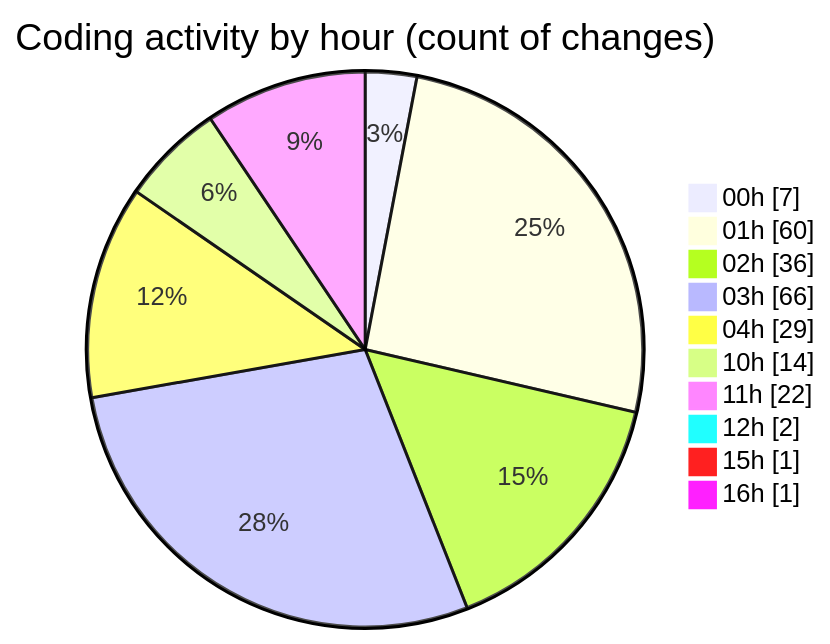
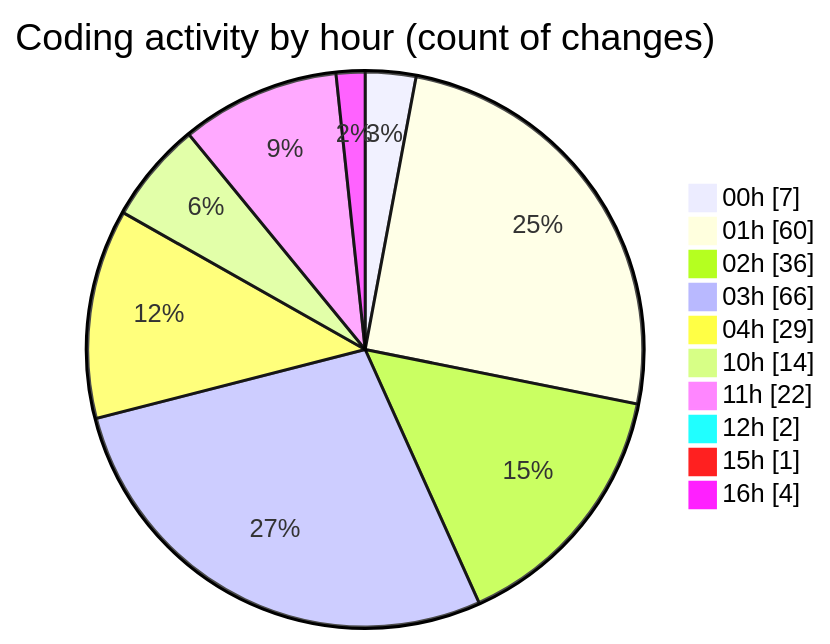
One commit to julien-gomy/code-tracking changed the second of 2 diagrams in 2025-10-07/eventscop-frontend-guide__workspace_/README.md. Above: the diagram before and after it, drawn with Mermaid. The commit also changed other lines of this file and 1 other file, not shown here.

````diff
--- a/2025-10-07/eventscop-frontend-guide__workspace_/README.md
+++ b/2025-10-07/eventscop-frontend-guide__workspace_/README.md
@@ -105,14 +106,14 @@
 ```mermaid
 pie showData
 title Coding activity by hour (count of changes)
 "00h" : 7
 "01h" : 60
 "02h" : 36
 "03h" : 66
 "04h" : 29
 "10h" : 14
 "11h" : 22
 "12h" : 2
 "15h" : 1
-"16h" : 1
+"16h" : 4
 ```
````
